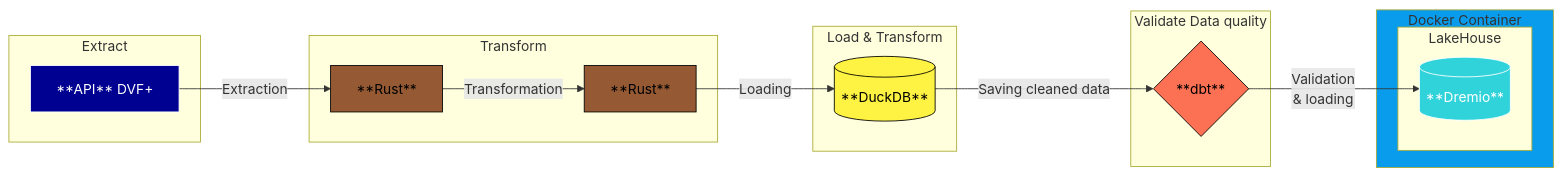
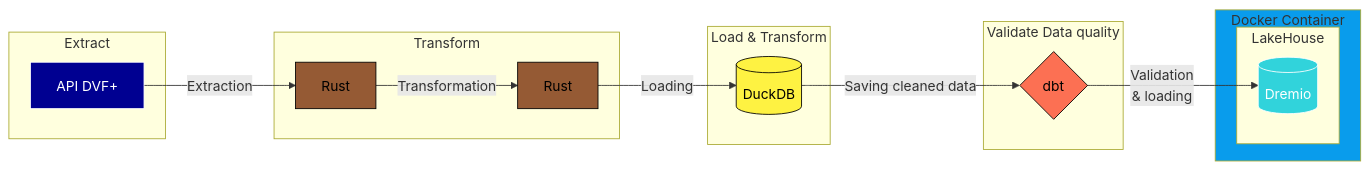
Before and after one commit to LugolBis/data-immo: the diagram in README.md, drawn with Mermaid.

````diff
--- a/README.md
+++ b/README.md
@@ -9,41 +9,41 @@
 ```mermaid
 flowchart LR
-    A[**API** DVF+] -->|Extraction| B[**Rust**]
-    B -->|Transformation| C[**Rust**]
-    C -->|Loading| D[(**DuckDB**)]
-    D -->|Saving cleaned data| E{**dbt**}
-    E -->|Validation<br>& loading| F[(**Dremio**)]
+    A[API DVF+] -->|Extraction| B[Rust]
+    B -->|Transformation| C[Rust]
+    C -->|Loading| D[(DuckDB)]
+    D -->|Saving cleaned data| E{dbt}
+    E -->|Validation<br>& loading| F[(Dremio)]
 
     subgraph Extraction [Extract]
         A
     end
     
     subgraph TransformationRust [Transform]
         B
         C
     end
 
     subgraph LT [Load & Transform]
         D
     end
 
     subgraph VD [Validate Data quality]
         E
     end
     
     subgraph LakeHouse [LakeHouse]
         F
     end
 
     subgraph Docker [Docker Container]
         LakeHouse
     end
     
     style A fill:#000091,stroke:#ffffff,color:#ffffff,stroke-width:1px
     style B fill:#955a34,stroke:#000000,color:#000000,stroke-width:1px
     style C fill:#955a34,stroke:#000000,color:#000000,stroke-width:1px
     style D fill:#fef242,stroke:#000000,color:#000000,stroke-width:1px
     style E fill:#fc7053,stroke:#000000,color:#000000,stroke-width:1px
     style F fill:#31d3db,stroke:#ffffff,color:#ffffff,stroke-width:1px
     style Docker fill: #099cec
 ```
````
